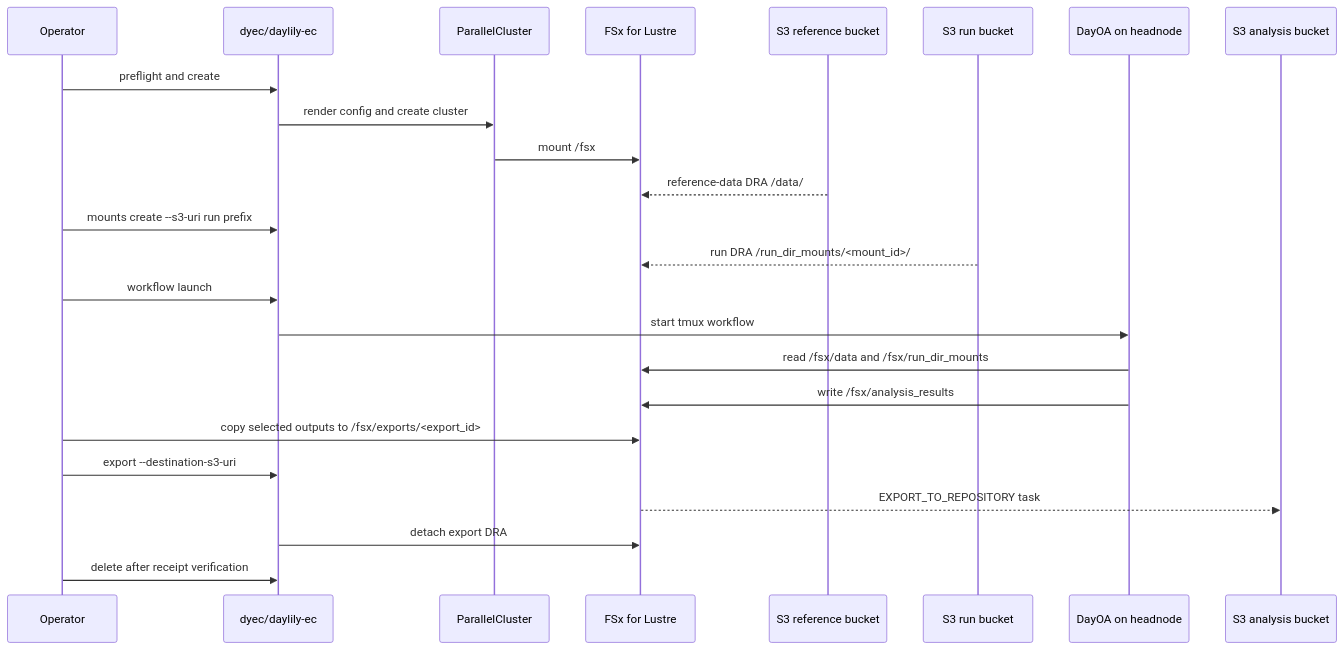
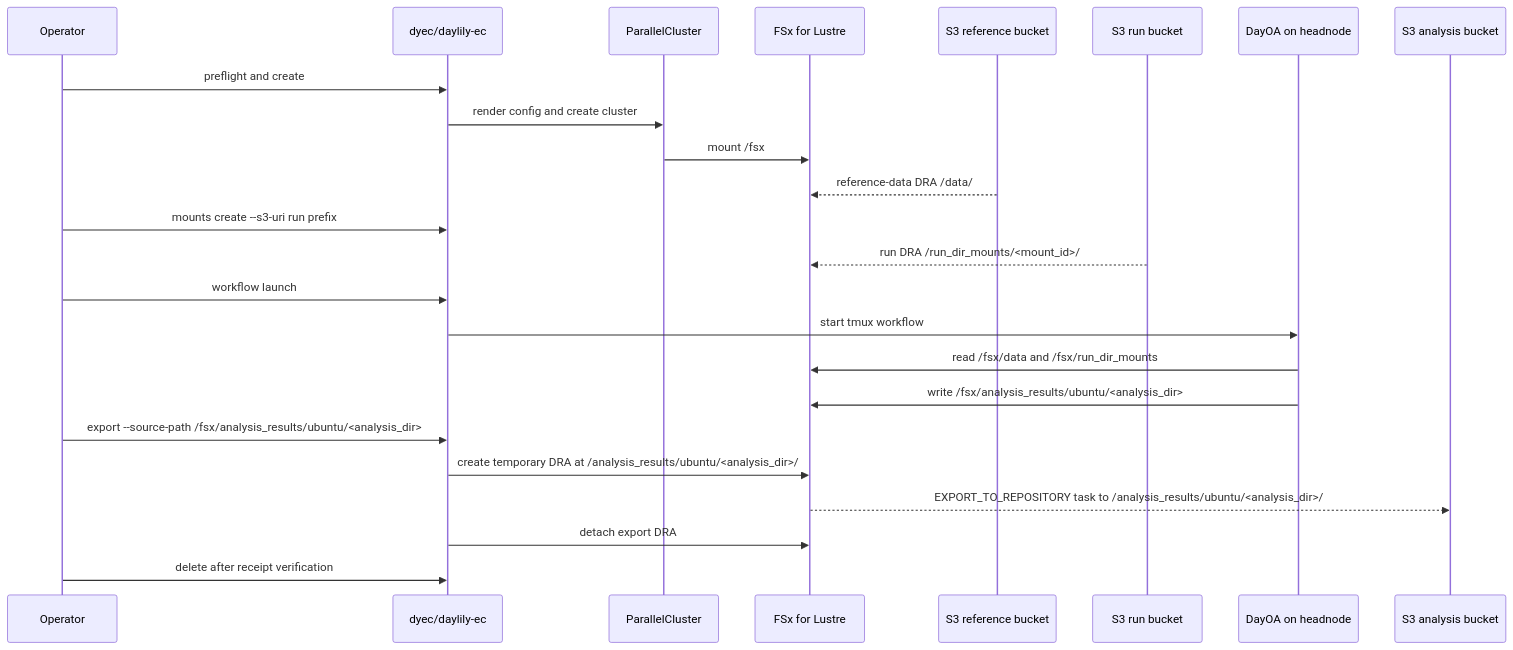
The first of 3 diagrams in docs/dra_fsx_strategy.md (Daylily-Informatics/daylily-ephemeral-cluster), drawn with Mermaid before and after one commit. The commit also changed other lines of this file and 22 other files, not shown here.

Commit message:
Implement direct analysis DRA export

````diff
--- a/docs/dra_fsx_strategy.md
+++ b/docs/dra_fsx_strategy.md
@@ -18,27 +18,27 @@
 ```mermaid
 sequenceDiagram
   participant Op as Operator
   participant DyEC as dyec/daylily-ec
   participant PC as ParallelCluster
   participant FSx as FSx for Lustre
   participant Ref as S3 reference bucket
   participant Run as S3 run bucket
   participant DayOA as DayOA on headnode
   participant Out as S3 analysis bucket
 
   Op->>DyEC: preflight and create
   DyEC->>PC: render config and create cluster
   PC->>FSx: mount /fsx
   Ref-->>FSx: reference-data DRA /data/
   Op->>DyEC: mounts create --s3-uri run prefix
   Run-->>FSx: run DRA /run_dir_mounts/<mount_id>/
   Op->>DyEC: workflow launch
   DyEC->>DayOA: start tmux workflow
   DayOA->>FSx: read /fsx/data and /fsx/run_dir_mounts
-  DayOA->>FSx: write /fsx/analysis_results
-  Op->>FSx: copy selected outputs to /fsx/exports/<export_id>
-  Op->>DyEC: export --destination-s3-uri
-  FSx-->>Out: EXPORT_TO_REPOSITORY task
+  DayOA->>FSx: write /fsx/analysis_results/ubuntu/<analysis_dir>
+  Op->>DyEC: export --source-path /fsx/analysis_results/ubuntu/<analysis_dir>
+  DyEC->>FSx: create temporary DRA at /analysis_results/ubuntu/<analysis_dir>/
+  FSx-->>Out: EXPORT_TO_REPOSITORY task to /analysis_results/ubuntu/<analysis_dir>/
   DyEC->>FSx: detach export DRA
   Op->>DyEC: delete after receipt verification
 ```
````
